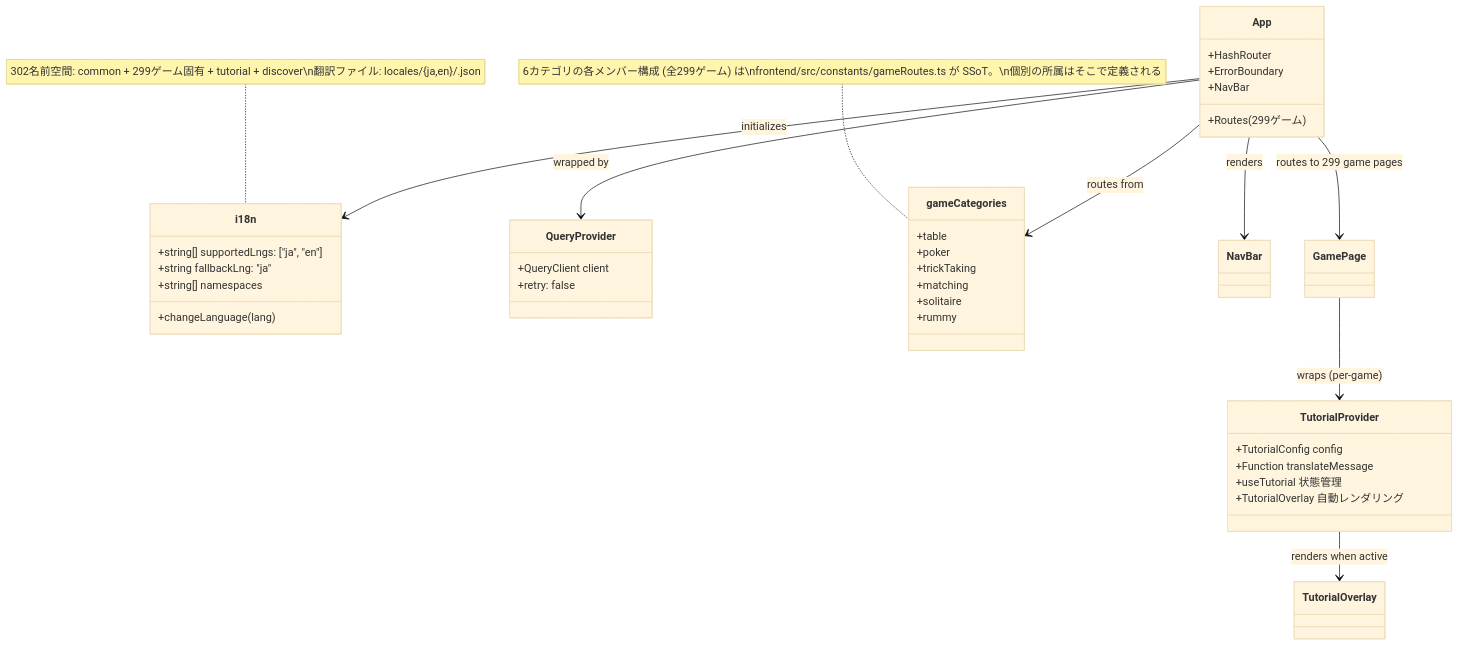
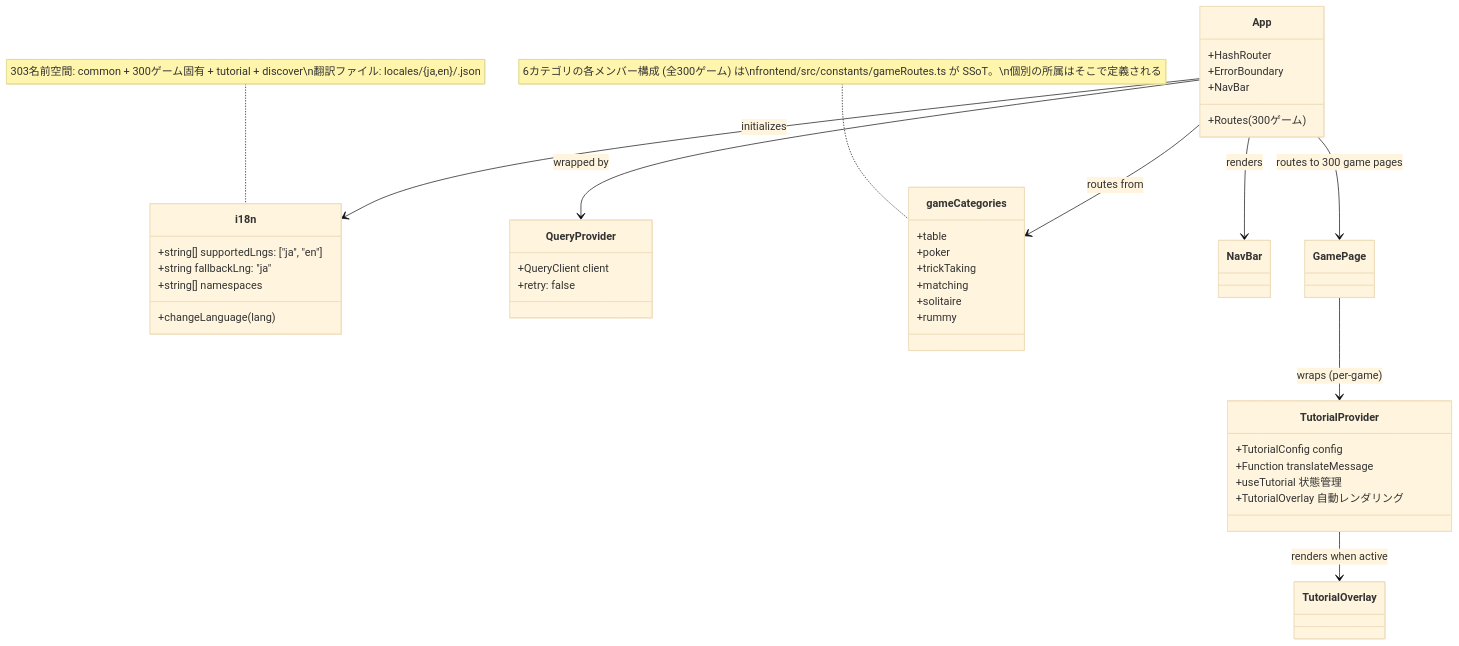
The ninth of 49 diagrams in docs/design/frontend.md (yuta-yoshinaga/go_trumpcards), drawn with Mermaid (base theme) before and after one commit. The commit also changed other lines of this file and 61 other files, not shown here.

````diff
--- a/docs/design/frontend.md
+++ b/docs/design/frontend.md
@@ -1869,48 +1869,48 @@
 ```mermaid
 classDiagram
     class i18n {
         +string[] supportedLngs: ["ja", "en"]
         +string fallbackLng: "ja"
         +string[] namespaces
         +changeLanguage(lang)
     }
 
     class QueryProvider {
         +QueryClient client
         +retry: false
     }
 
     class App {
         +HashRouter
         +ErrorBoundary
         +NavBar
-        +Routes (299ゲーム)
+        +Routes (300ゲーム)
     }
 
     class gameCategories {
         +table
         +poker
         +trickTaking
         +matching
         +solitaire
         +rummy
     }
-    note for gameCategories "6カテゴリの各メンバー構成 (全299ゲーム) は\nfrontend/src/constants/gameRoutes.ts が SSoT。\n個別の所属はそこで定義される"
+    note for gameCategories "6カテゴリの各メンバー構成 (全300ゲーム) は\nfrontend/src/constants/gameRoutes.ts が SSoT。\n個別の所属はそこで定義される"
 
     class TutorialProvider {
         +TutorialConfig config
         +Function translateMessage
         +useTutorial 状態管理
         +TutorialOverlay 自動レンダリング
     }
 
     App --> QueryProvider : wrapped by
     App --> i18n : initializes
     App --> gameCategories : routes from
     App --> NavBar : renders
-    App --> GamePage : routes to 299 game pages
+    App --> GamePage : routes to 300 game pages
     GamePage --> TutorialProvider : wraps (per-game)
     TutorialProvider --> TutorialOverlay : renders when active
 
-    note for i18n "302名前空間: common + 299ゲーム固有 + tutorial + discover\n翻訳ファイル: locales/{ja,en}/<game>.json"
+    note for i18n "303名前空間: common + 300ゲーム固有 + tutorial + discover\n翻訳ファイル: locales/{ja,en}/<game>.json"
 ```
````
